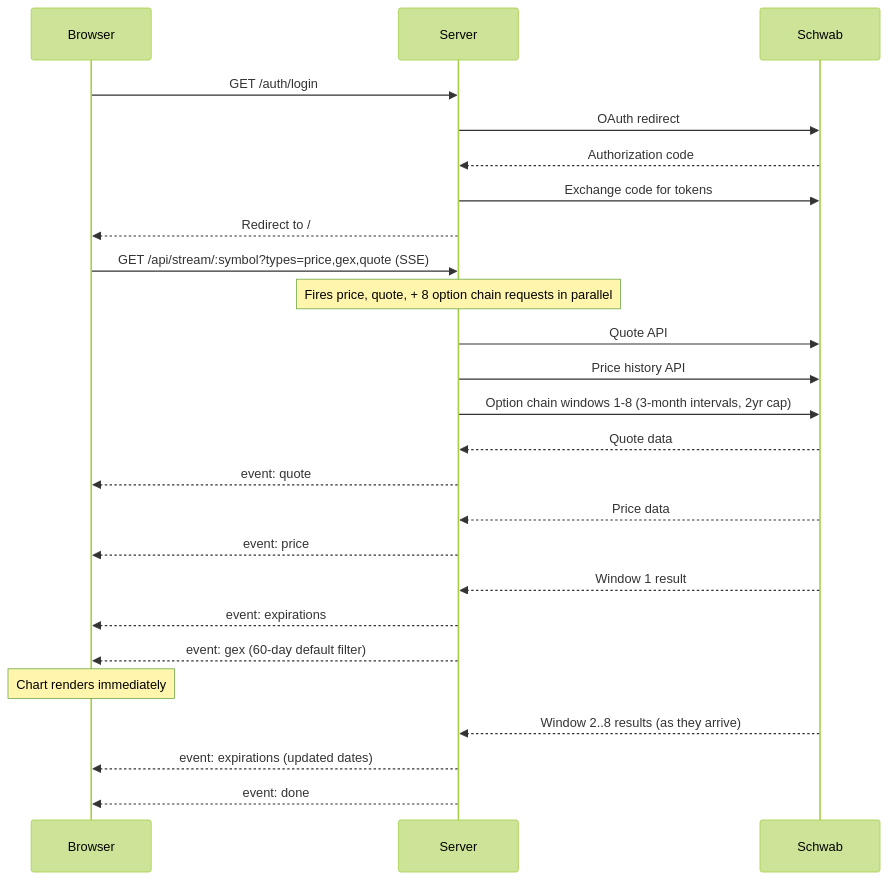
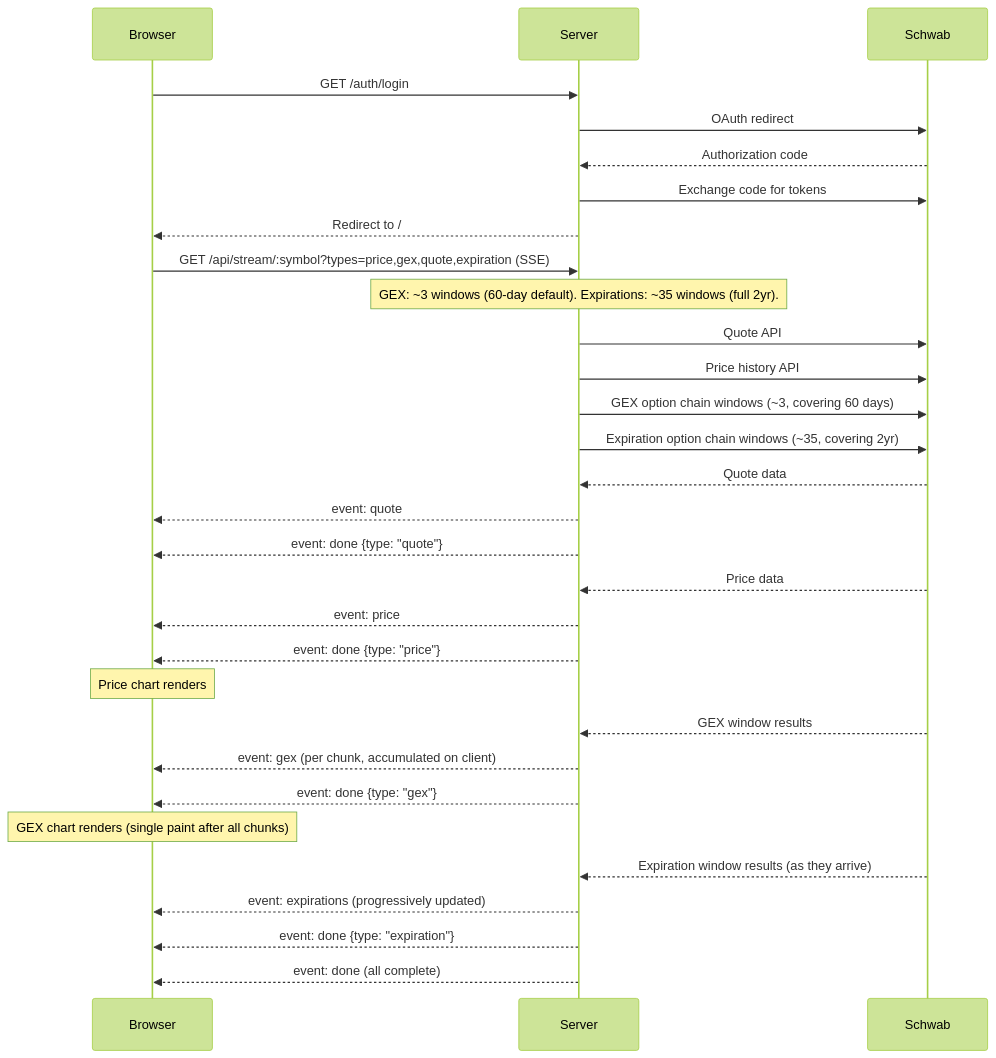
The diagram in README.md (abhishek-cha/gex-dash), drawn with Mermaid (forest theme) before and after one commit. The commit also changed other lines of this file and 7 other files, not shown here.

Commit message:
move gex to rolling window

````diff
--- a/README.md
+++ b/README.md
@@ -35,29 +35,34 @@
 ```mermaid
 sequenceDiagram
     participant Browser
     participant Server
     participant Schwab
 
     Browser->>Server: GET /auth/login
     Server->>Schwab: OAuth redirect
     Schwab-->>Server: Authorization code
     Server->>Schwab: Exchange code for tokens
     Server-->>Browser: Redirect to /
 
-    Browser->>Server: GET /api/stream/:symbol?types=price,gex,quote (SSE)
-    Note over Server: Fires price, quote, + 8 option chain requests in parallel
+    Browser->>Server: GET /api/stream/:symbol?types=price,gex,quote,expiration (SSE)
+    Note over Server: GEX: ~3 windows (60-day default). Expirations: ~35 windows (full 2yr).
     Server->>Schwab: Quote API
     Server->>Schwab: Price history API
-    Server->>Schwab: Option chain windows 1-8 (3-month intervals, 2yr cap)
+    Server->>Schwab: GEX option chain windows (~3, covering 60 days)
+    Server->>Schwab: Expiration option chain windows (~35, covering 2yr)
     Schwab-->>Server: Quote data
     Server-->>Browser: event: quote
+    Server-->>Browser: event: done {type: "quote"}
     Schwab-->>Server: Price data
     Server-->>Browser: event: price
-    Schwab-->>Server: Window 1 result
-    Server-->>Browser: event: expirations
-    Server-->>Browser: event: gex (60-day default filter)
-    Note over Browser: Chart renders immediately
-    Schwab-->>Server: Window 2..8 results (as they arrive)
-    Server-->>Browser: event: expirations (updated dates)
-    Server-->>Browser: event: done
+    Server-->>Browser: event: done {type: "price"}
+    Note over Browser: Price chart renders
+    Schwab-->>Server: GEX window results
+    Server-->>Browser: event: gex (per chunk, accumulated on client)
+    Server-->>Browser: event: done {type: "gex"}
+    Note over Browser: GEX chart renders (single paint after all chunks)
+    Schwab-->>Server: Expiration window results (as they arrive)
+    Server-->>Browser: event: expirations (progressively updated)
+    Server-->>Browser: event: done {type: "expiration"}
+    Server-->>Browser: event: done (all complete)
 ```
````
